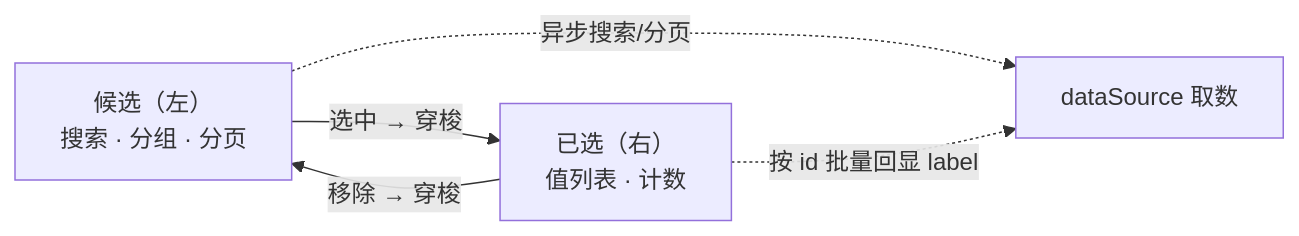
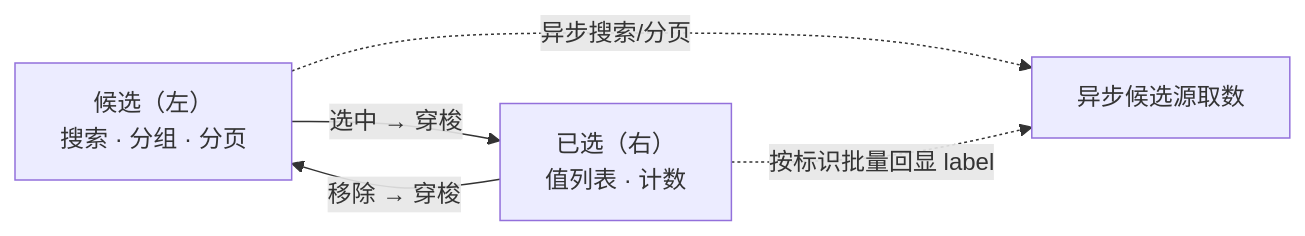
Before and after one commit to minjian123/basic-management-system: the diagram in bms文档/设计/组件设计/06_字段类/09_组件设计_穿梭框/09_组件设计_穿梭框.md, drawn with Mermaid. The commit also changed other lines of this file and 238 other files, not shown here.

````diff
--- a/bms文档/设计/组件设计/06_字段类/09_组件设计_穿梭框/09_组件设计_穿梭框.md
+++ b/bms文档/设计/组件设计/06_字段类/09_组件设计_穿梭框/09_组件设计_穿梭框.md
@@ -55,7 +47,7 @@
 ```mermaid
 flowchart LR
     A["候选（左）<br/>搜索 · 分组 · 分页"] -->|"选中 → 穿梭"| B["已选（右）<br/>值列表 · 计数"]
     B -->|"移除 → 穿梭"| A
-    A -.->|"异步搜索/分页"| S["dataSource 取数"]
-    B -.->|"按 id 批量回显 label"| S
+    A -.->|"异步搜索/分页"| S["异步候选源取数"]
+    B -.->|"按标识批量回显 label"| S
 ```
````
